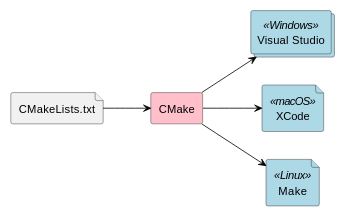
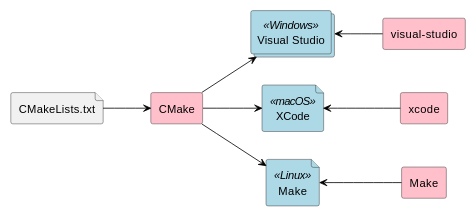
The diagram in slides/episodes/introduction.md (mredenti/ModernCMake), drawn with PlantUML before and after one commit. The commit also changed other lines of this file and 1 other file, not shown here.

````diff
--- a/slides/episodes/introduction.md
+++ b/slides/episodes/introduction.md
@@ -126,33 +156,41 @@
 ```plantuml
 left to right direction
 skinparam PackagePadding 2
 skinparam BoxPadding 2
 skinparam NodePadding 2
 skinparam style strictuml
 skinparam padding 0
 scale 0.8
 
 skinparam rectangle {
   BackgroundColor<<Windows>> LightBlue
   BackgroundColor<<macOS>> LightBlue
   BackgroundColor<<Linux>> LightBlue
   BackgroundColor<<Tool>> Pink
 }
 
 skinparam Arrow {
   Color Black
 }
 
 file "CMakeLists.txt" as ST
 rectangle "CMake" as CM #Pink
 
 collections "Visual Studio" as VS <<Windows>> #LightBlue
 file "XCode" as XC <<macOS>> #LightBlue
 file "Make" as MK <<Linux>> #LightBlue
 
+rectangle "Make" as make #Pink
+rectangle "xcode" as xcode #Pink
+rectangle "visual-studio" as visual #Pink
+
 ST --> CM
 
 CM --> VS
 CM --> XC
 CM --> MK
+
+MK <-- make 
+XC <-- xcode
+VS <-- visual
 ```
````
